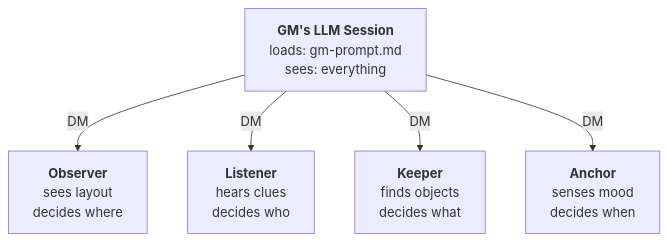
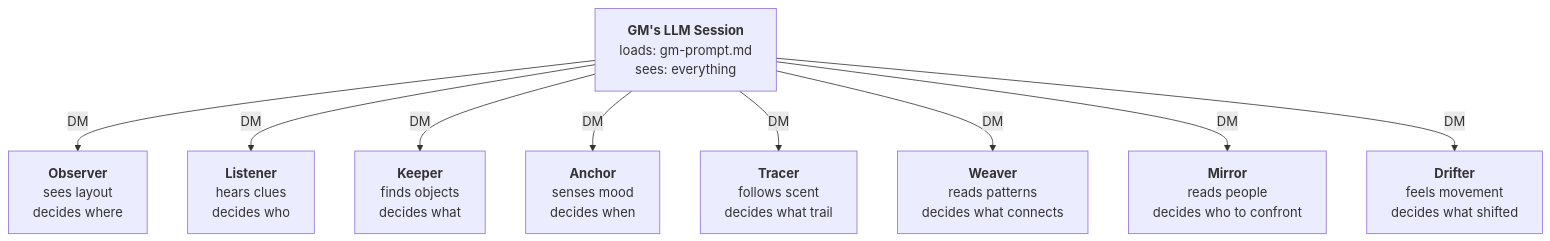
Before and after one commit to jvanheerikhuize/echo: the first of 2 diagrams in README.md, drawn with Mermaid. The commit also changed other lines of this file and 3 other files, not shown here.

````diff
--- a/README.md
+++ b/README.md
@@ -24,8 +24,12 @@
 ```mermaid
 graph TD
     GM["<b>GM's LLM Session</b><br>loads: gm-prompt.md<br>sees: everything"]
     GM -->|DM| O["<b>Observer</b><br>sees layout<br>decides where"]
     GM -->|DM| L["<b>Listener</b><br>hears clues<br>decides who"]
     GM -->|DM| K["<b>Keeper</b><br>finds objects<br>decides what"]
     GM -->|DM| A["<b>Anchor</b><br>senses mood<br>decides when"]
+    GM -->|DM| T["<b>Tracer</b><br>follows scent<br>decides what trail"]
+    GM -->|DM| W["<b>Weaver</b><br>reads patterns<br>decides what connects"]
+    GM -->|DM| M["<b>Mirror</b><br>reads people<br>decides who to confront"]
+    GM -->|DM| D["<b>Drifter</b><br>feels movement<br>decides what shifted"]
 ```
````
